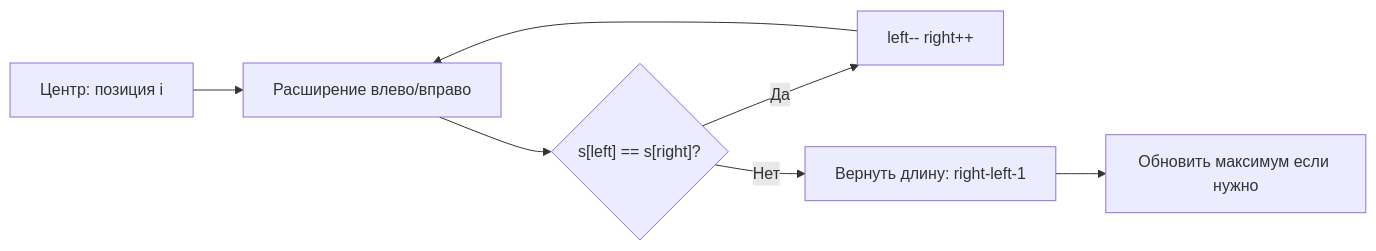
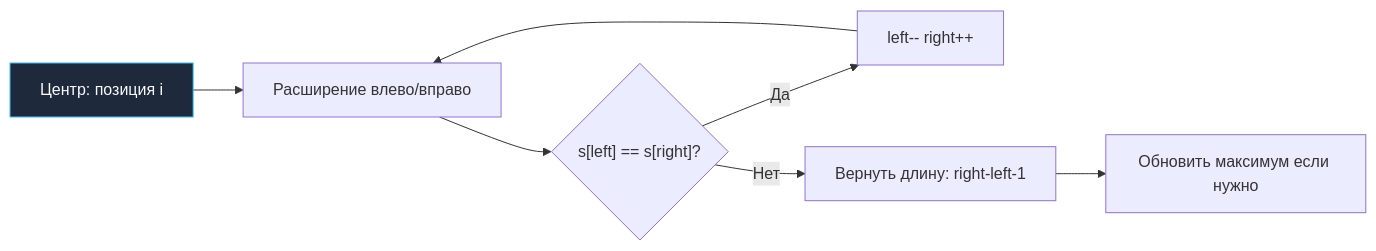
The second of 3 diagrams in sources/21. Задачи с LeetCode и собеседований на Go/02. Задачи/25. Строки/2. Палиндромы.md (UnrealTemplier/go-textbook), drawn with Mermaid before and after one commit. The commit also changed other lines of this file and 1666 other files, not shown here.

First line of the commit message:
feat(mermaid): add semantic color classDef to 1369 colorless flowchart/graph diagrams

````diff
--- a/sources/21. Задачи с LeetCode и собеседований на Go/02. Задачи/25. Строки/2. Палиндромы.md
+++ b/sources/21. Задачи с LeetCode и собеседований на Go/02. Задачи/25. Строки/2. Палиндромы.md
@@ -226,9 +236,19 @@
 ```mermaid
 flowchart LR
-    A["Центр: позиция i"] --> B["Расширение влево/вправо"]
+    classDef process  fill:#1e293b,stroke:#38bdf8,stroke-width:1px,color:#f8fafc
+    classDef success  fill:#064e3b,stroke:#34d399,stroke-width:1px,color:#f8fafc
+    classDef error    fill:#7f1d1d,stroke:#f87171,stroke-width:1px,color:#f8fafc
+    classDef warning  fill:#78350f,stroke:#fbbf24,stroke-width:1px,color:#f8fafc
+    classDef entry    fill:#1e3a5f,stroke:#38bdf8,stroke-width:2px,color:#f8fafc
+    classDef aux      fill:#334155,stroke:#64748b,stroke-width:1px,color:#f8fafc
+    classDef system   fill:#312e81,stroke:#a78bfa,stroke-width:1px,color:#f8fafc
+    classDef data     fill:#132d29,stroke:#2dd4bf,stroke-width:1px,color:#f8fafc
+    classDef network  fill:#881337,stroke:#fb7185,stroke-width:1px,color:#f8fafc
+    classDef accent   fill:#1e1b4b,stroke:#818cf8,stroke-width:1px,color:#f8fafc
+    A["Центр: позиция i"]:::process --> B["Расширение влево/вправо"]
     B --> C{"s[left] == s[right]?"}
     C -->|Да| D["left-- right++"]
     C -->|Нет| E["Вернуть длину: right-left-1"]
     D --> B
     E --> F["Обновить максимум если нужно"]
 ```
````
